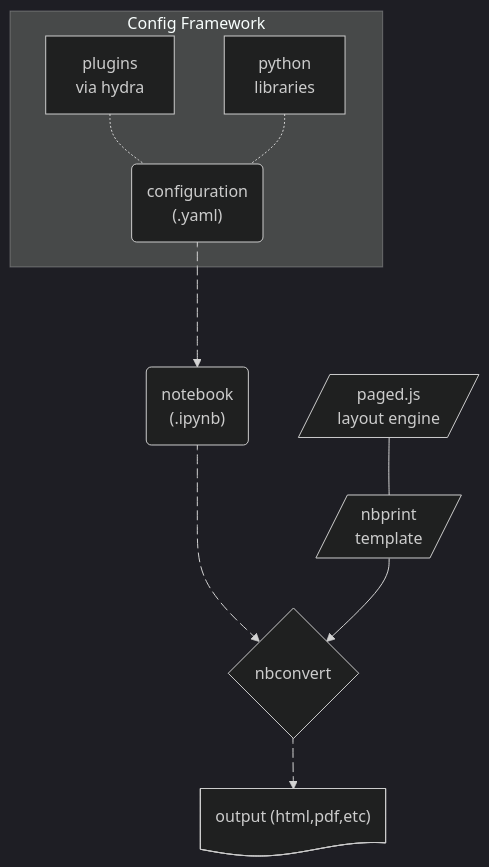
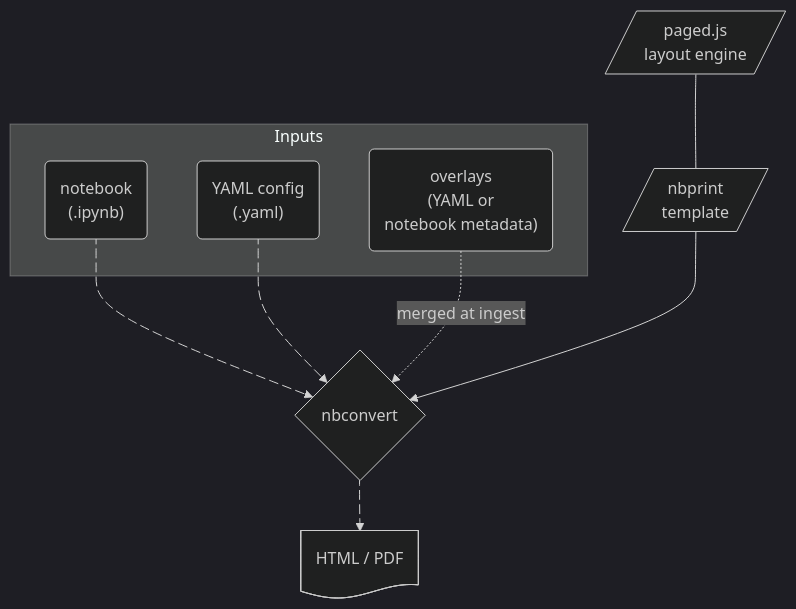
The diagram in docs/src/configuration.md (nbprint/nbprint), drawn with Mermaid (dark theme) before and after one commit. The commit also changed other lines of this file and 5 other files, not shown here.

First line of the commit message:
feat: layout-wrapping overlays + docs rewrite

````diff
--- a/docs/src/configuration.md
+++ b/docs/src/configuration.md
@@ -6,28 +9,23 @@
 ```mermaid
 graph TB
-    subgraph Config Framework
-        yml("configuration<br>(.yaml)")
-        pg[plugins<br> via hydra]
-        lb[python<br>libraries]
-        pg -.- yml
-        lb -.- yml
+    subgraph Inputs
+        nb("notebook<br>(.ipynb)")
+        yml("YAML config<br>(.yaml)")
+        ovl("overlays<br>(YAML or<br>notebook metadata)")
     end
 
-    nb("notebook<br>(.ipynb)")
+    nbct[/nbprint<br>template/]
+    pjs[/paged.js<br>layout engine/]
     nbc{nbconvert}
-    nbct[/nbprint <br> template/]
-    pjs[/paged.js <br> layout engine/]
-    o@{ shape: doc, label: "output (html,pdf,etc)" }
+    o@{ shape: doc, label: "HTML / PDF" }
 
-    yml e1@--->nb
-    e1@{animate: true}
-
-    nb e2@--->nbc
-    e2@{animate: true}
-
+    nb e1@-->nbc
+    yml e2@-->nbc
+    ovl -.->|merged at ingest| nbc
     nbct --> nbc
     pjs --- nbct
-
-    nbc e3@-->o
+    nbc e3@--> o
+    e1@{animate: true}
+    e2@{animate: true}
     e3@{animate: true}
 ```
````
